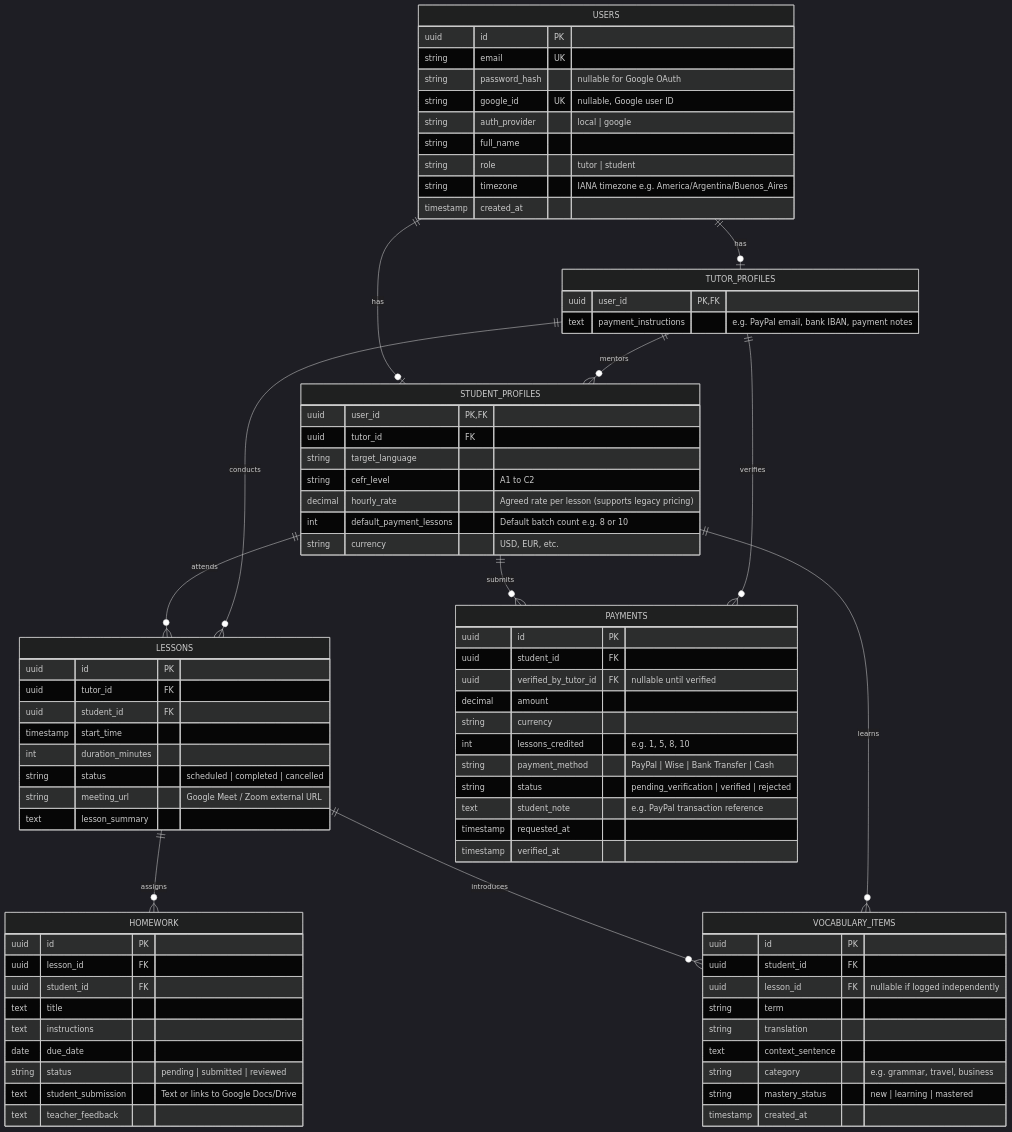
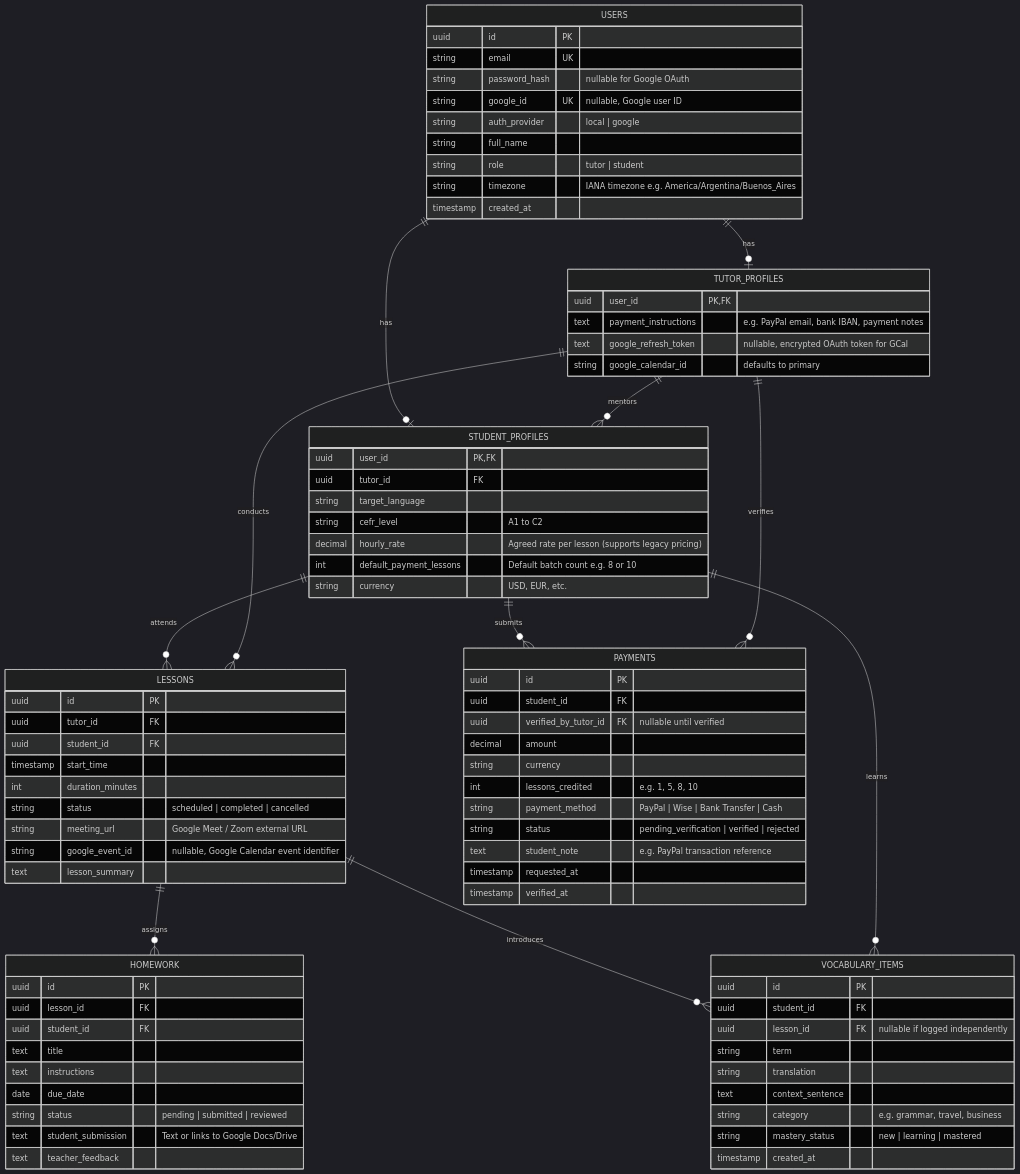
One commit to DmytroCherednichenko/idiomar-crm changed the diagram in docs/diagrams/01-erd.mmd. Above: the diagram before and after it, drawn with Mermaid (dark theme). The commit also changed 6 other files, not shown here.

Commit message:
Add Google Calendar dependency to docs

```diff
--- a/docs/diagrams/01-erd.mmd
+++ b/docs/diagrams/01-erd.mmd
@@ -1,90 +1,93 @@
 erDiagram
     USERS ||--o| STUDENT_PROFILES : "has"
     USERS ||--o| TUTOR_PROFILES : "has"
     TUTOR_PROFILES ||--o{ STUDENT_PROFILES : "mentors"
     
     STUDENT_PROFILES ||--o{ LESSONS : "attends"
     TUTOR_PROFILES ||--o{ LESSONS : "conducts"
     
     STUDENT_PROFILES ||--o{ PAYMENTS : "submits"
     TUTOR_PROFILES ||--o{ PAYMENTS : "verifies"
 
     LESSONS ||--o{ HOMEWORK : "assigns"
     LESSONS ||--o{ VOCABULARY_ITEMS : "introduces"
     STUDENT_PROFILES ||--o{ VOCABULARY_ITEMS : "learns"
 
     USERS {
         uuid id PK
         string email UK
         string password_hash "nullable for Google OAuth"
         string google_id UK "nullable, Google user ID"
         string auth_provider "local | google"
         string full_name
         string role "tutor | student"
         string timezone "IANA timezone e.g. America/Argentina/Buenos_Aires"
         timestamp created_at
     }
 
     STUDENT_PROFILES {
         uuid user_id PK, FK
         uuid tutor_id FK
         string target_language
         string cefr_level "A1 to C2"
         decimal hourly_rate "Agreed rate per lesson (supports legacy pricing)"
         int default_payment_lessons "Default batch count e.g. 8 or 10"
         string currency "USD, EUR, etc."
     }
 
     TUTOR_PROFILES {
         uuid user_id PK, FK
         text payment_instructions "e.g. PayPal email, bank IBAN, payment notes"
+        text google_refresh_token "nullable, encrypted OAuth token for GCal"
+        string google_calendar_id "defaults to primary"
     }
 
     PAYMENTS {
         uuid id PK
         uuid student_id FK
         uuid verified_by_tutor_id FK "nullable until verified"
         decimal amount
         string currency
         int lessons_credited "e.g. 1, 5, 8, 10"
         string payment_method "PayPal | Wise | Bank Transfer | Cash"
         string status "pending_verification | verified | rejected"
         text student_note "e.g. PayPal transaction reference"
         timestamp requested_at
         timestamp verified_at
     }
 
     LESSONS {
         uuid id PK
         uuid tutor_id FK
         uuid student_id FK
         timestamp start_time
         int duration_minutes
         string status "scheduled | completed | cancelled"
         string meeting_url "Google Meet / Zoom external URL"
+        string google_event_id "nullable, Google Calendar event identifier"
         text lesson_summary
     }
 
     HOMEWORK {
         uuid id PK
         uuid lesson_id FK
         uuid student_id FK
         text title
         text instructions
         date due_date
         string status "pending | submitted | reviewed"
         text student_submission "Text or links to Google Docs/Drive"
         text teacher_feedback
     }
 
     VOCABULARY_ITEMS {
         uuid id PK
         uuid student_id FK
         uuid lesson_id FK "nullable if logged independently"
         string term
         string translation
         text context_sentence
         string category "e.g. grammar, travel, business"
         string mastery_status "new | learning | mastered"
         timestamp created_at
     }
```
